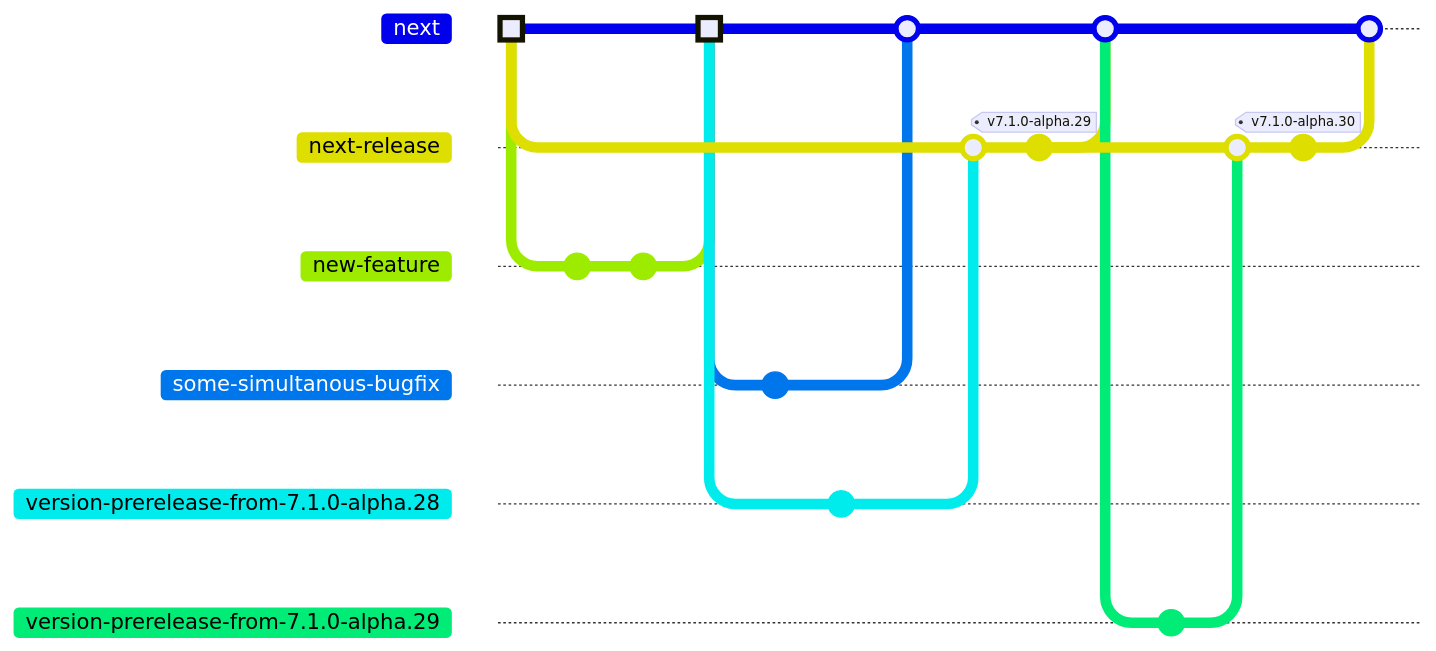
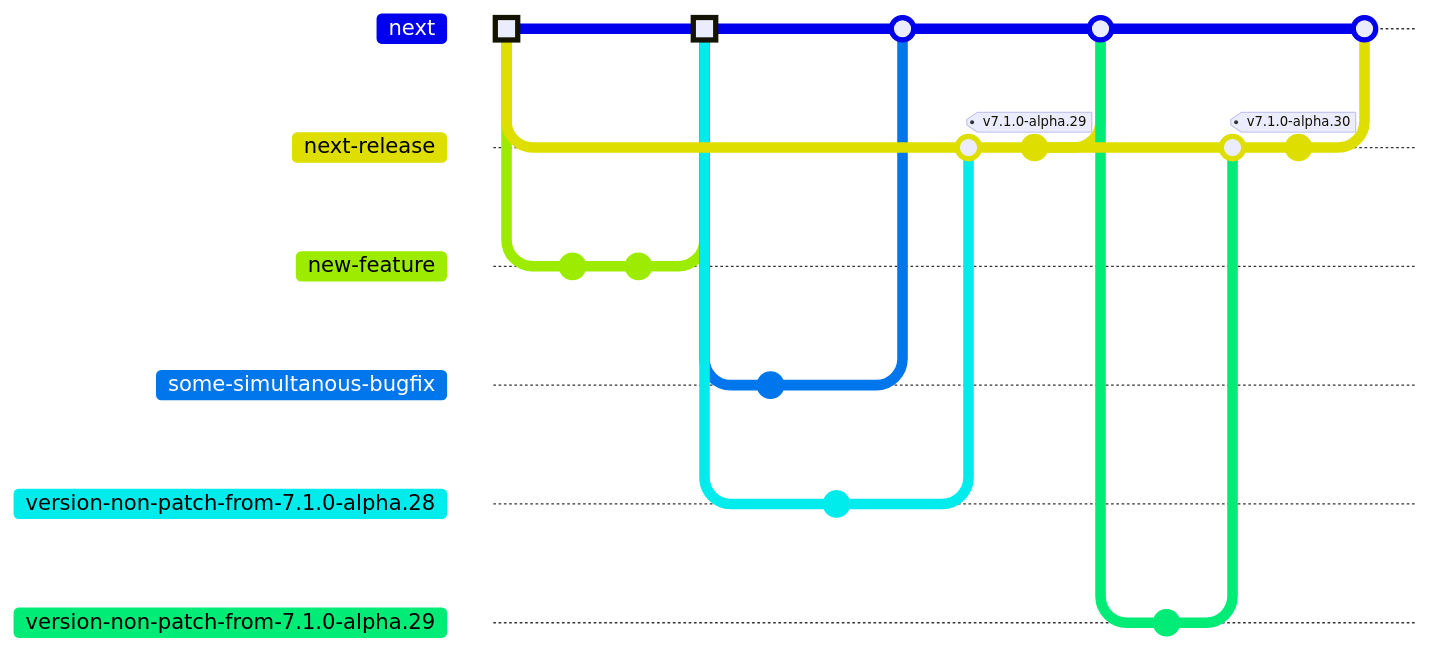
One commit to W427697/Discord- changed the fifth of 5 diagrams in CONTRIBUTING/RELEASING.md. Above: the diagram before and after it, drawn with Mermaid. The commit also changed other lines of this file and 18 other files, not shown here. Commit ids are hidden.

````diff
--- a/CONTRIBUTING/RELEASING.md
+++ b/CONTRIBUTING/RELEASING.md
@@ -572,30 +574,30 @@
 ```mermaid
 %%{init: { 'gitGraph': { 'mainBranchName': 'next' } } }%%
 gitGraph
     commit type: HIGHLIGHT
     branch next-release
     branch new-feature
     commit
     commit
     checkout next
     merge new-feature type: HIGHLIGHT
     branch some-simultanous-bugfix
     commit
     checkout next
-    branch version-prerelease-from-7.1.0-alpha.28
+    branch version-non-patch-from-7.1.0-alpha.28
     commit id: "write changelog"
     checkout next
     merge some-simultanous-bugfix id: "whoops!"
     checkout next-release
-    merge version-prerelease-from-7.1.0-alpha.28
+    merge version-non-patch-from-7.1.0-alpha.28
     commit id: "bump versions" tag: "v7.1.0-alpha.29"
     checkout next
     merge next-release
-    branch version-prerelease-from-7.1.0-alpha.29
+    branch version-non-patch-from-7.1.0-alpha.29
     commit id: "write changelog again"
     checkout next-release
-    merge version-prerelease-from-7.1.0-alpha.29
+    merge version-non-patch-from-7.1.0-alpha.29
     commit id: "bump versions again" tag: "v7.1.0-alpha.30"
     checkout next
     merge next-release
 ```
````
